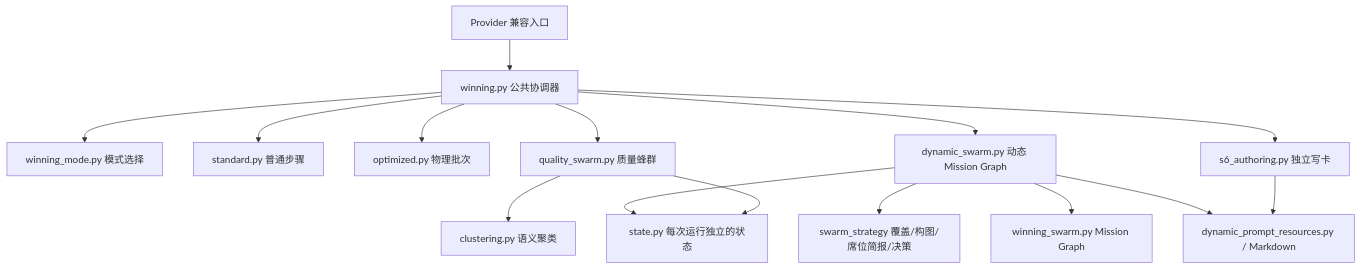
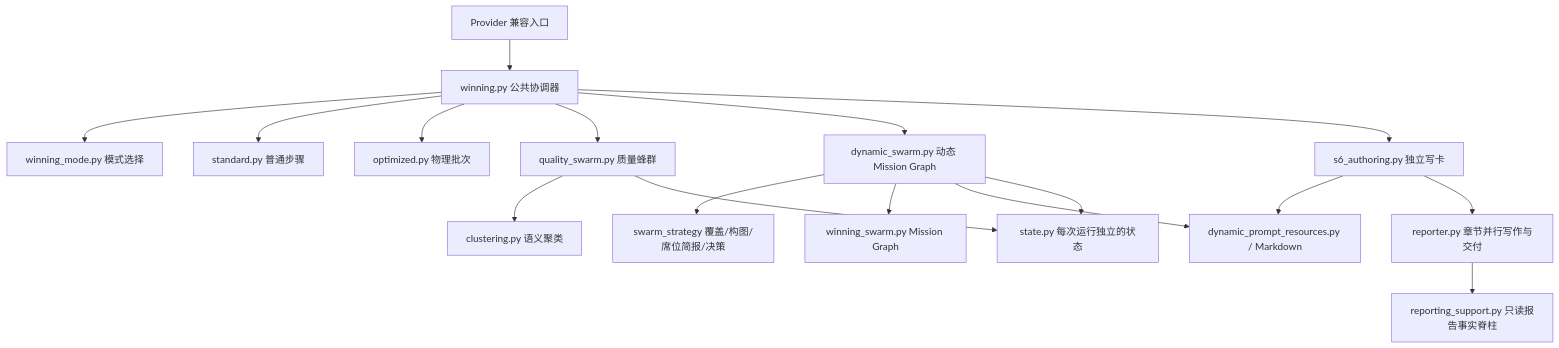
Before and after one commit to wangc219/deep-research: the diagram in docs/architecture/winning-execution-flows.md, drawn with Mermaid. The commit also changed other lines of this file and 157 other files, not shown here.

````diff
--- a/docs/architecture/winning-execution-flows.md
+++ b/docs/architecture/winning-execution-flows.md
@@ -20,17 +20,19 @@
 ```mermaid
 flowchart TD
     Provider[Provider 兼容入口] --> Coordinator[winning.py 公共协调器]
     Coordinator --> Selection[winning_mode.py 模式选择]
     Coordinator --> Standard[standard.py 普通步骤]
     Coordinator --> Optimized[optimized.py 物理批次]
     Coordinator --> Quality[quality_swarm.py 质量蜂群]
     Coordinator --> Dynamic[dynamic_swarm.py 动态 Mission Graph]
     Coordinator --> S6[s6_authoring.py 独立写卡]
     Dynamic --> Strategy[swarm_strategy 覆盖/构图/席位简报/决策]
     Dynamic --> Graph[winning_swarm.py Mission Graph]
     Quality --> Cluster[clustering.py 语义聚类]
     Dynamic --> Prompts[dynamic_prompt_resources.py / Markdown]
     S6 --> Prompts
+    S6 --> Reporter[reporter.py 章节并行写作与交付]
+    Reporter --> ReportSpine[reporting_support.py 只读报告事实脊柱]
     Dynamic --> State[state.py 每次运行独立的状态]
     Quality --> State
 ```
````
